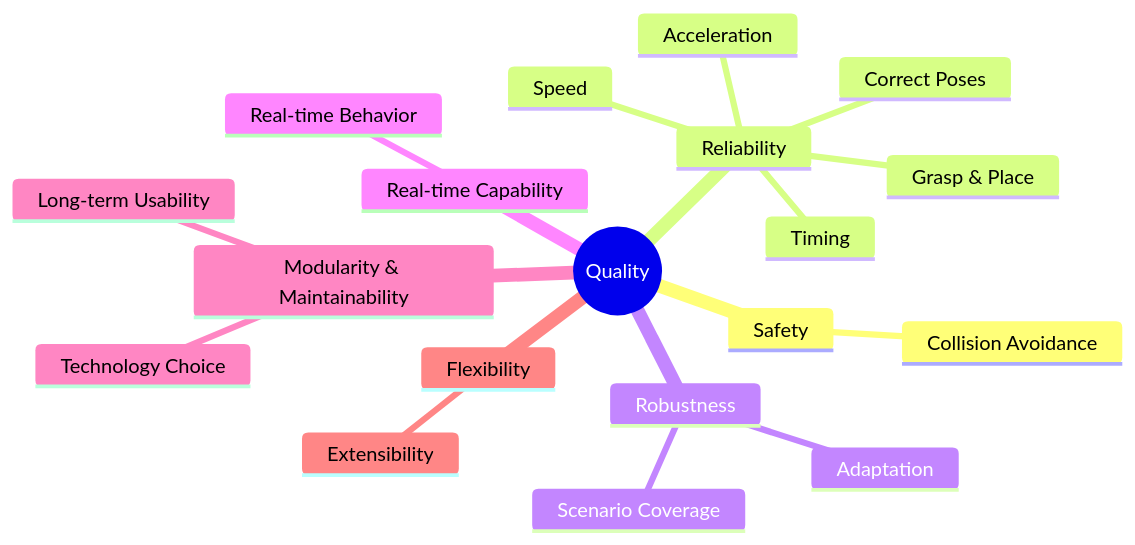
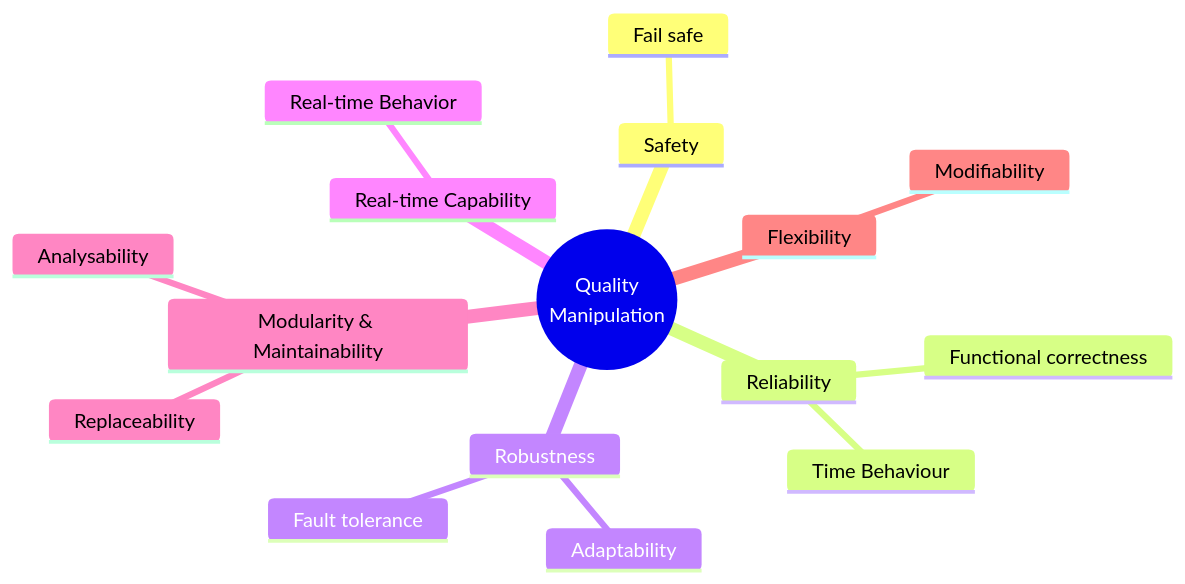
One commit to una-auxme/arlab changed the fourth of 6 diagrams in doc/10. Quality Requirements.md. Above: the diagram before and after it, drawn with Mermaid. The commit also changed other lines of this file, not shown here.

Commit message:
'10. Quality Requirements.md' - All tables and graphics improved.

````diff
--- a/doc/10. Quality Requirements.md
+++ b/doc/10. Quality Requirements.md
@@ -122,22 +121,20 @@
 ```mermaid
 mindmap
-  root((Quality))
+  root((Quality
+        Manipulation))
     Safety
-      Collision Avoidance
+      Fail safe
     Reliability
-      Correct Poses
-      Timing
-      Speed
-      Acceleration
-      Grasp & Place 
+      Functional correctness
+      Time Behaviour
     Robustness
-      Scenario Coverage
-      Adaptation
+      Fault tolerance
+      Adaptability
     Real-time Capability
       Real-time Behavior
     Modularity & Maintainability
-      Technology Choice
-      Long-term Usability 
+      Replaceability
+      Analysability
     Flexibility
-      Extensibility
+      Modifiability
 ```
````
